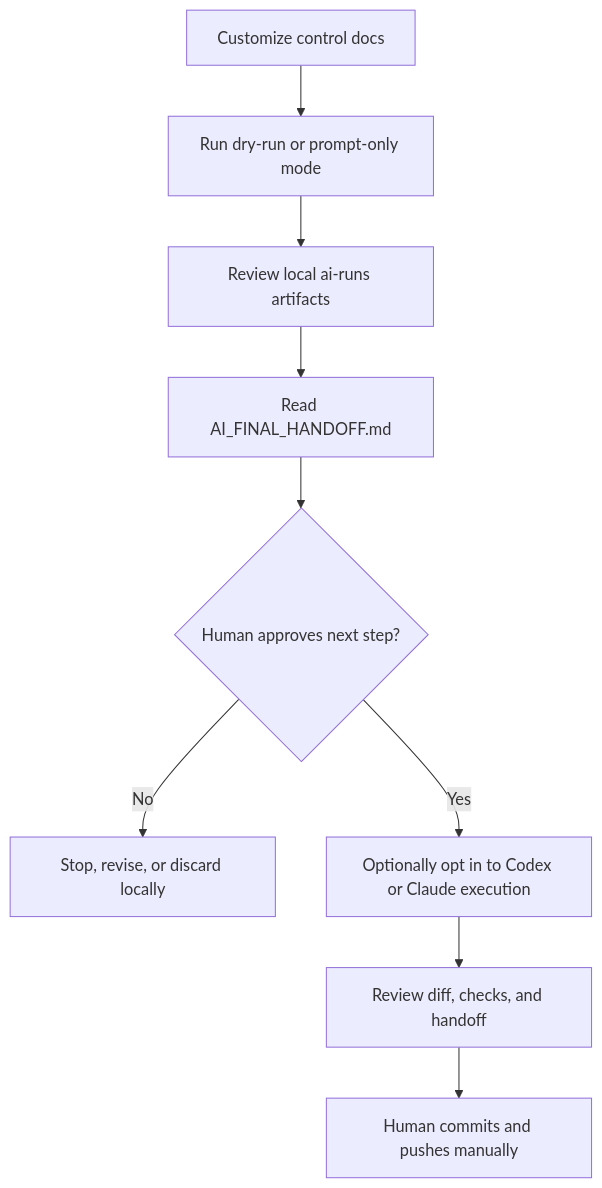
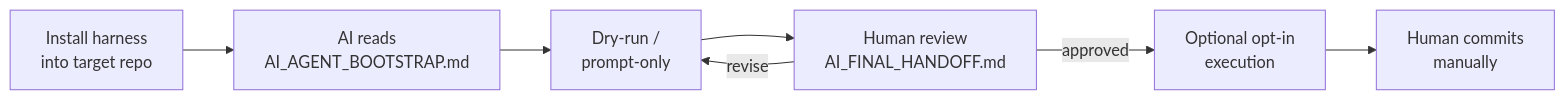
One commit to hwan96-ai/ai-service-template changed the diagram in README.md. Above: the diagram before and after it, drawn with Mermaid. The commit also changed other lines of this file and 2 other files, not shown here.

````diff
--- a/README.md
+++ b/README.md
@@ -41,11 +25,9 @@
 ```mermaid
-flowchart TD
-    A[Customize control docs] --> B[Run dry-run or prompt-only mode]
-    B --> C[Review local ai-runs artifacts]
-    C --> D[Read AI_FINAL_HANDOFF.md]
-    D --> E{Human approves next step?}
-    E -- No --> F[Stop, revise, or discard locally]
-    E -- Yes --> G[Optionally opt in to Codex or Claude execution]
-    G --> H[Review diff, checks, and handoff]
-    H --> I[Human commits and pushes manually]
+flowchart LR
+    A[Install harness<br/>into target repo] --> B[AI reads<br/>AI_AGENT_BOOTSTRAP.md]
+    B --> C[Dry-run /<br/>prompt-only]
+    C --> D[Human review<br/>AI_FINAL_HANDOFF.md]
+    D -->|approved| E[Optional opt-in<br/>execution]
+    D -->|revise| C
+    E --> F[Human commits<br/>manually]
 ```
````
